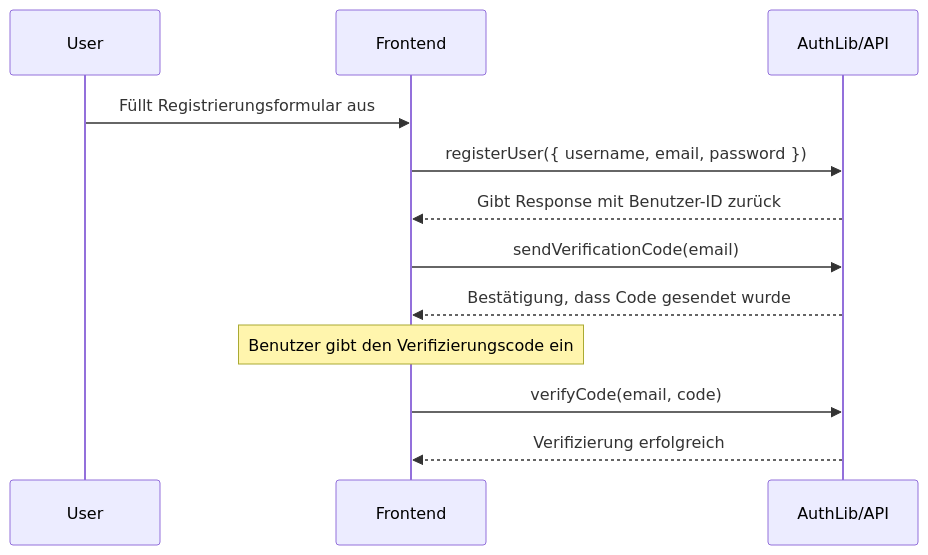
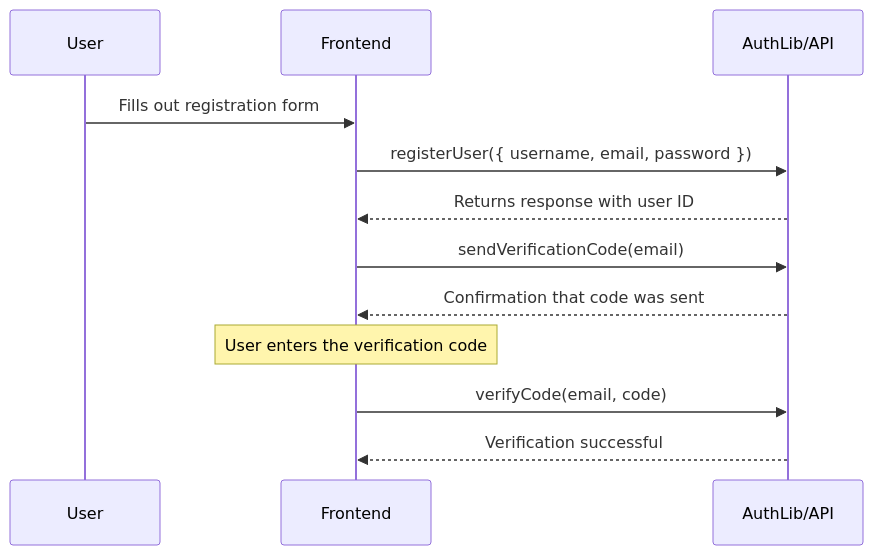
Before and after one commit to henniphilo/ft_transcendence: the first of 4 diagrams in docs/authlib.md, drawn with Mermaid. The commit also changed other lines of this file and 4 other files, not shown here.

````diff
--- a/docs/authlib.md
+++ b/docs/authlib.md
@@ -179,14 +179,14 @@
 ```mermaid
 sequenceDiagram
         participant U as User
         participant F as Frontend
         participant API as AuthLib/API
-        U->>F: Füllt Registrierungsformular aus
+        U->>F: Fills out registration form
         F->>API: registerUser({ username, email, password })
-        API-->>F: Gibt Response mit Benutzer-ID zurück
+        API-->>F: Returns response with user ID
         F->>API: sendVerificationCode(email)
-        API-->>F: Bestätigung, dass Code gesendet wurde
-        Note over F: Benutzer gibt den Verifizierungscode ein
+        API-->>F: Confirmation that code was sent
+        Note over F: User enters the verification code
         F->>API: verifyCode(email, code)
-        API-->>F: Verifizierung erfolgreich
+        API-->>F: Verification successful
 ```
````
